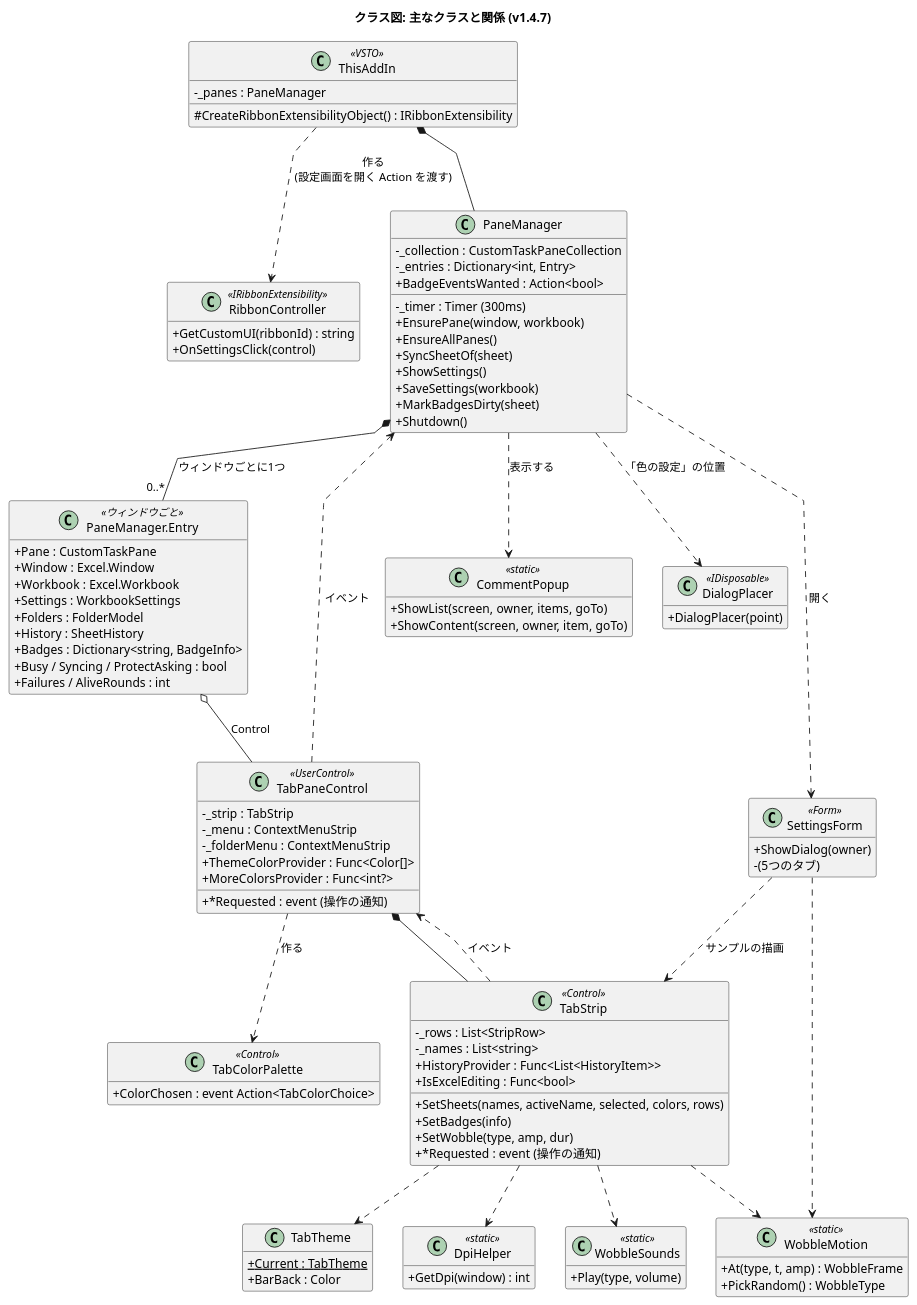
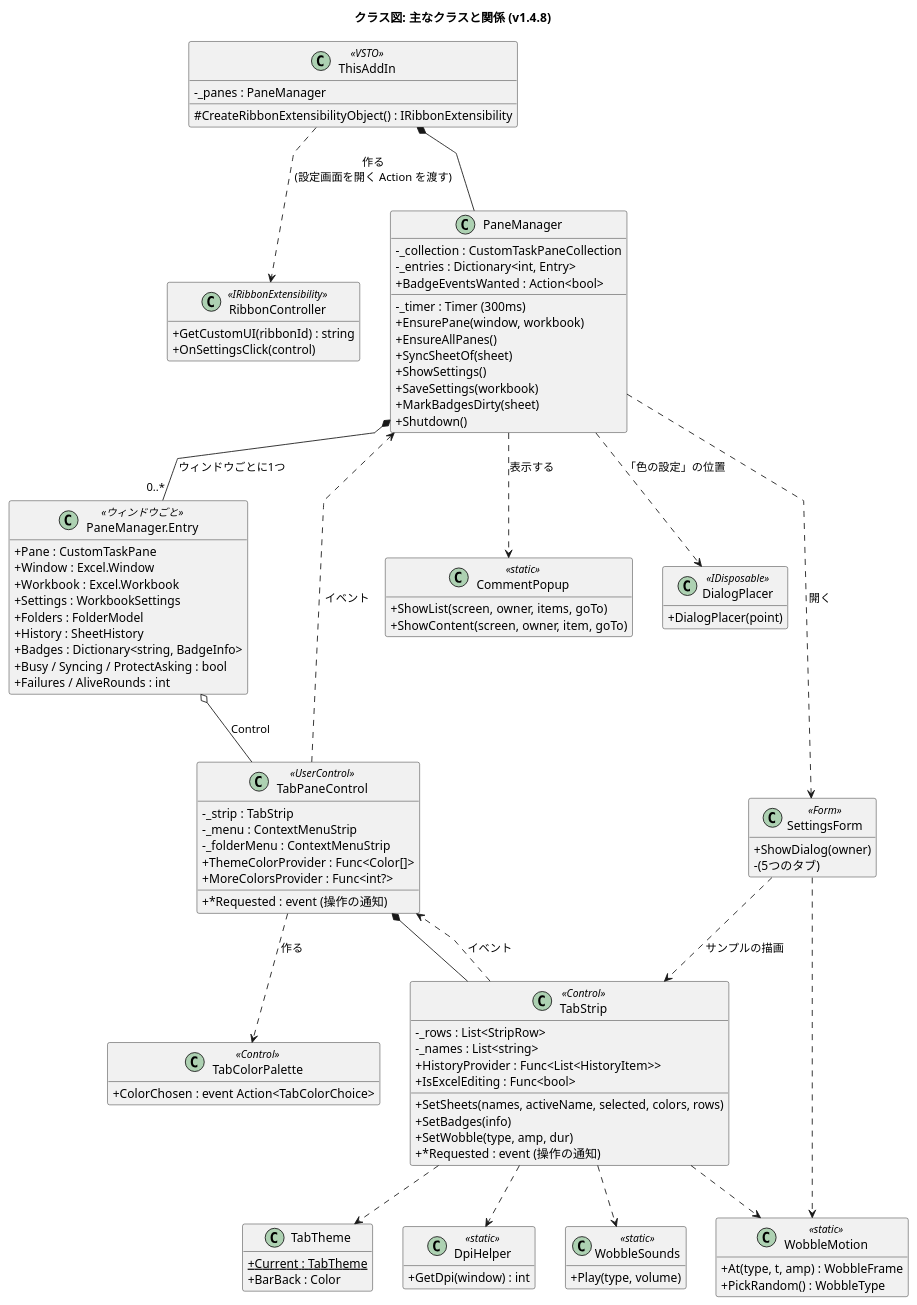
One commit to nk-taka623/VerticalSheetTabs changed the diagram in docs/class-structure.puml. Above: the diagram before and after it, drawn with PlantUML. The commit also changed 14 other files, not shown here.

Commit message:
v1.4.8 にする (バージョン、README の変更点、設計図の版数)

```diff
--- a/docs/class-structure.puml
+++ b/docs/class-structure.puml
@@ -1,117 +1,117 @@
 @startuml
-title クラス図: 主なクラスと関係 (v1.4.7)
+title クラス図: 主なクラスと関係 (v1.4.8)
 skinparam shadowing false
 skinparam classAttributeIconSize 0
 skinparam linetype polyline
 hide empty members
 
 class ThisAddIn <<VSTO>> {
   -_panes : PaneManager
   #CreateRibbonExtensibilityObject() : IRibbonExtensibility
 }
 
 class RibbonController <<IRibbonExtensibility>> {
   +GetCustomUI(ribbonId) : string
   +OnSettingsClick(control)
 }
 
 class PaneManager {
   -_collection : CustomTaskPaneCollection
   -_entries : Dictionary<int, Entry>
   -_timer : Timer (300ms)
   +BadgeEventsWanted : Action<bool>
   +EnsurePane(window, workbook)
   +EnsureAllPanes()
   +SyncSheetOf(sheet)
   +ShowSettings()
   +SaveSettings(workbook)
   +MarkBadgesDirty(sheet)
   +Shutdown()
 }
 
 class "PaneManager.Entry" as Entry <<ウィンドウごと>> {
   +Pane : CustomTaskPane
   +Window : Excel.Window
   +Workbook : Excel.Workbook
   +Settings : WorkbookSettings
   +Folders : FolderModel
   +History : SheetHistory
   +Badges : Dictionary<string, BadgeInfo>
   +Busy / Syncing / ProtectAsking : bool
   +Failures / AliveRounds : int
 }
 
 class TabPaneControl <<UserControl>> {
   -_strip : TabStrip
   -_menu : ContextMenuStrip
   -_folderMenu : ContextMenuStrip
   +ThemeColorProvider : Func<Color[]>
   +MoreColorsProvider : Func<int?>
   +*Requested : event (操作の通知)
 }
 
 class TabStrip <<Control>> {
   -_rows : List<StripRow>
   -_names : List<string>
   +SetSheets(names, activeName, selected, colors, rows)
   +SetBadges(info)
   +SetWobble(type, amp, dur)
   +*Requested : event (操作の通知)
   +HistoryProvider : Func<List<HistoryItem>>
   +IsExcelEditing : Func<bool>
 }
 
 class TabColorPalette <<Control>> {
   +ColorChosen : event Action<TabColorChoice>
 }
 
 class SettingsForm <<Form>> {
   +ShowDialog(owner)
   -(5つのタブ)
 }
 
 class CommentPopup <<static>> {
   +ShowList(screen, owner, items, goTo)
   +ShowContent(screen, owner, item, goTo)
 }
 
 class DialogPlacer <<IDisposable>> {
   +DialogPlacer(point)
 }
 
 class TabTheme {
   +Current : TabTheme {static}
   +BarBack : Color
 }
 
 class DpiHelper <<static>> {
   +GetDpi(window) : int
 }
 
 class WobbleMotion <<static>> {
   +At(type, t, amp) : WobbleFrame
   +PickRandom() : WobbleType
 }
 
 class WobbleSounds <<static>> {
   +Play(type, volume)
 }
 
 ThisAddIn *-- PaneManager
 ThisAddIn ..> RibbonController : 作る\n(設定画面を開く Action を渡す)
 PaneManager *-- "0..*" Entry : ウィンドウごとに1つ
 Entry o-- TabPaneControl : Control
 TabPaneControl *-- TabStrip
 TabPaneControl ..> TabColorPalette : 作る
 TabStrip ..> TabPaneControl : イベント
 TabPaneControl ..> PaneManager : イベント
 PaneManager ..> SettingsForm : 開く
 PaneManager ..> CommentPopup : 表示する
 PaneManager ..> DialogPlacer : 「色の設定」の位置
 SettingsForm ..> TabStrip : サンプルの描画
 TabStrip ..> TabTheme
 TabStrip ..> DpiHelper
 TabStrip ..> WobbleMotion
 TabStrip ..> WobbleSounds
 SettingsForm ..> WobbleMotion
 @enduml
```
